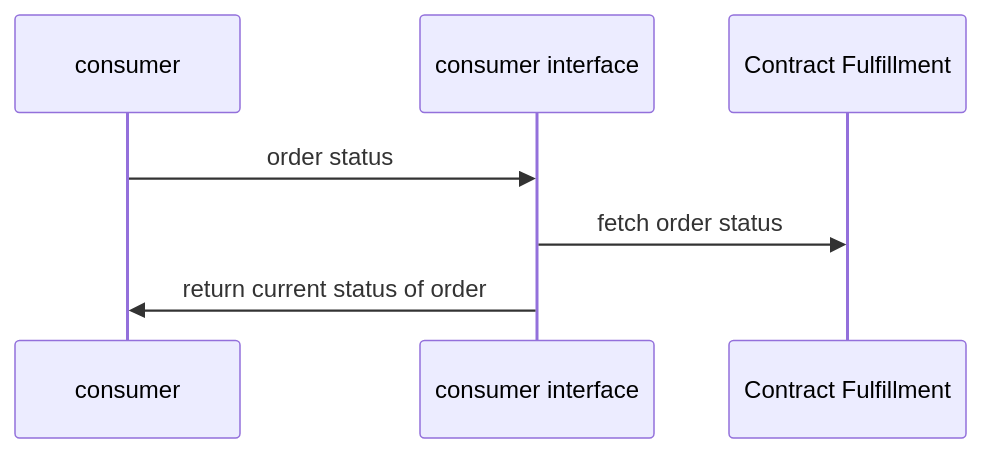
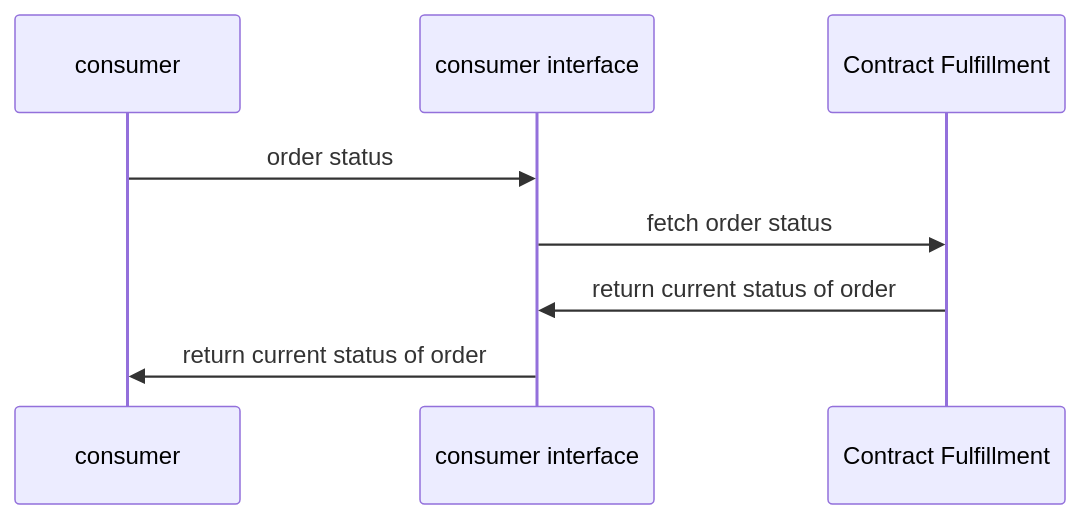
One commit to GovStackWorkingGroup/bb-emarketplace changed the fifth of 15 diagrams in spec/9-workflows.md. Above: the diagram before and after it, drawn with Mermaid. The commit also changed other lines of this file and 3 other files, not shown here.

````diff
--- a/spec/9-workflows.md
+++ b/spec/9-workflows.md
@@ -118,6 +123,7 @@
 ```mermaid
 sequenceDiagram
 consumer->>consumer interface: order status
     consumer interface->>Contract Fulfillment:fetch order status
-    consumer interface->>consumer: return current status of order
+    Contract Fulfillment->>consumer interface: return current status of order
+consumer interface->>consumer: return current status of order
 ```
````
